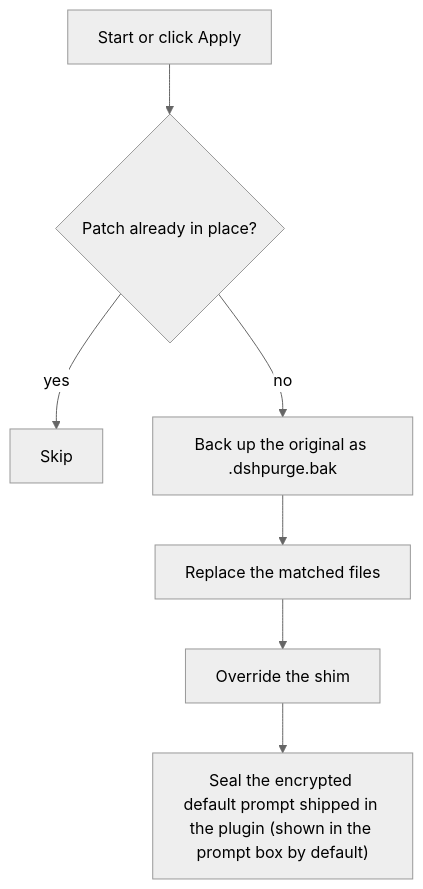
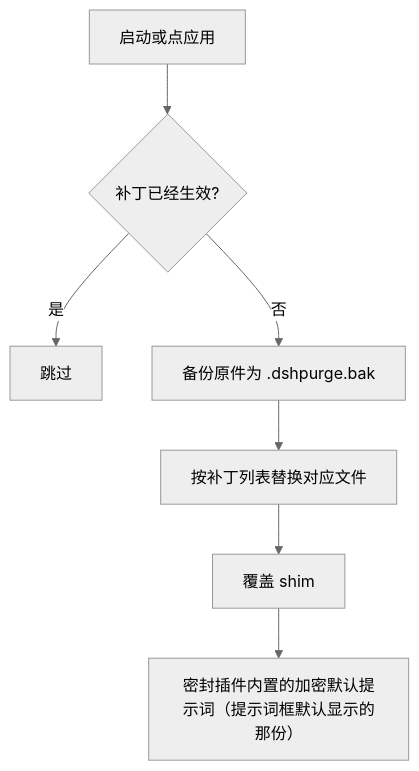
Before and after one commit to qiuqianyi66/dsh-purge: the first of 3 diagrams in README.md, drawn with Mermaid (neutral theme). The commit also changed other lines of this file and 8 other files, not shown here.

````diff
--- a/README.md
+++ b/README.md
@@ -503,9 +403,9 @@
 ```mermaid
 flowchart TD
-  A["Start or click Apply"] --> B{"Patch already in place?"}
-  B -->|yes| C["Skip"]
-  B -->|no| D["Back up the original as .dshpurge.bak"]
-  D --> E["Replace the matched files"]
-  E --> F["Override the shim"]
-  F --> G["Seal the encrypted default prompt shipped in the plugin (shown in the prompt box by default)"]
+  A["启动或点应用"] --> B{"补丁已经生效?"}
+  B -->|是| C["跳过"]
+  B -->|否| D["备份原件为 .dshpurge.bak"]
+  D --> E["按补丁列表替换对应文件"]
+  E --> F["覆盖 shim"]
+  F --> G["密封插件内置的加密默认提示词（提示词框默认显示的那份）"]
 ```
````
